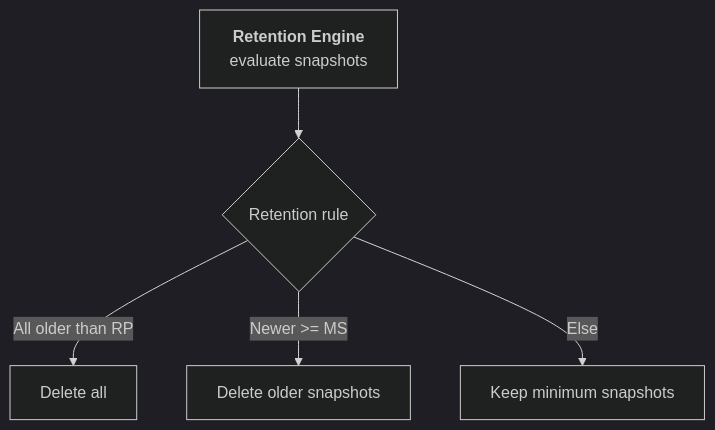
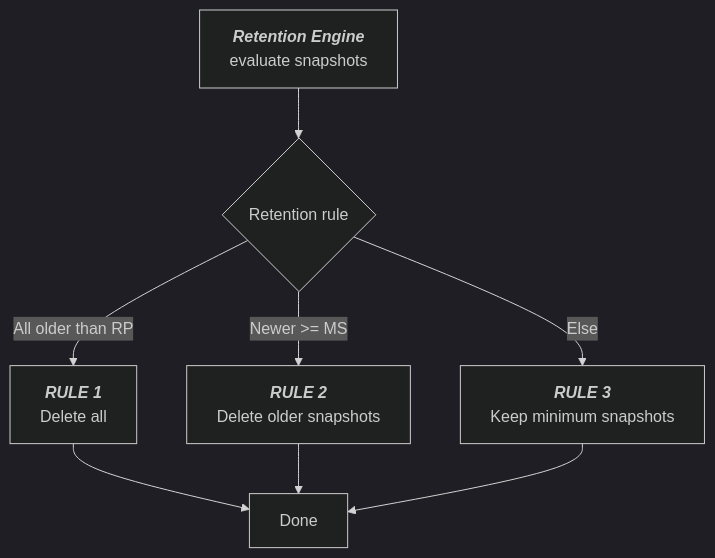
The second of 2 diagrams in docs/main-doc.md (raoulx24/trivy-operator-dashboard), drawn with Mermaid (dark theme) before and after one commit. The commit also changed other lines of this file and 2 other files, not shown here.

Commit message:
docs - more on vr-hist - mermaid; compare

````diff
--- a/docs/main-doc.md
+++ b/docs/main-doc.md
@@ -198,10 +137,14 @@
 ```mermaid
 flowchart TD
 
-R1[<b>Retention Engine</b><br/>evaluate snapshots] --> R2{Retention rule}
+R1[<b><em>Retention Engine</em></b><br/>evaluate snapshots] --> R2{Retention rule}
 
-R2 -->|All older than RP| R3[Delete all]
-R2 -->|Newer >= MS| R4[Delete older snapshots]
-R2 -->|Else| R5[Keep minimum snapshots]
+R2 -->|All older than RP| R3[<b><em>RULE 1</em></b><br/>Delete all]
+R2 -->|Newer >= MS| R4[<b><em>RULE 2</em></b><br/>Delete older snapshots]
+R2 -->|Else| R5[<b><em>RULE 3</em></b><br/>Keep minimum snapshots]
 
+R3 --> EXIT
+R4 --> EXIT
+R5 --> EXIT
+EXIT[Done]
 ```
````
